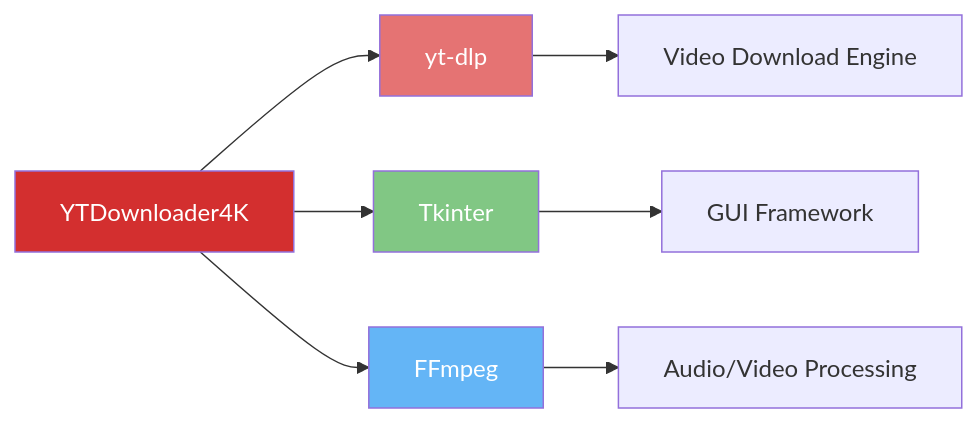
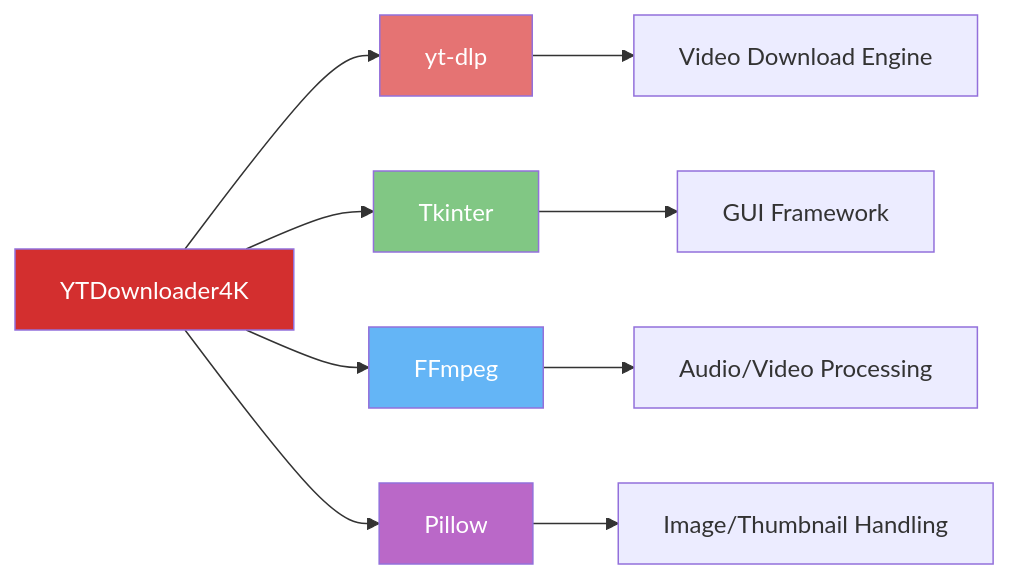
Before and after one commit to ZabaHD4K/DescargadorYT: the fifth of 5 diagrams in README.md, drawn with Mermaid. The commit also changed other lines of this file and 14 other files, not shown here.

````diff
--- a/README.md
+++ b/README.md
@@ -394,15 +461,18 @@
 ```mermaid
 graph LR
     A[YTDownloader4K] --> B[yt-dlp]
     A --> C[Tkinter]
     A --> D[FFmpeg]
+    A --> E[Pillow]
     
-    B --> E[Video Download Engine]
-    C --> F[GUI Framework]
-    D --> G[Audio/Video Processing]
+    B --> F[Video Download Engine]
+    C --> G[GUI Framework]
+    D --> H[Audio/Video Processing]
+    E --> I[Image/Thumbnail Handling]
     
     style A fill:#d32f2f,color:#fff
     style B fill:#e57373,color:#fff
     style C fill:#81c784,color:#fff
     style D fill:#64b5f6,color:#fff
+    style E fill:#ba68c8,color:#fff
 ```
````
